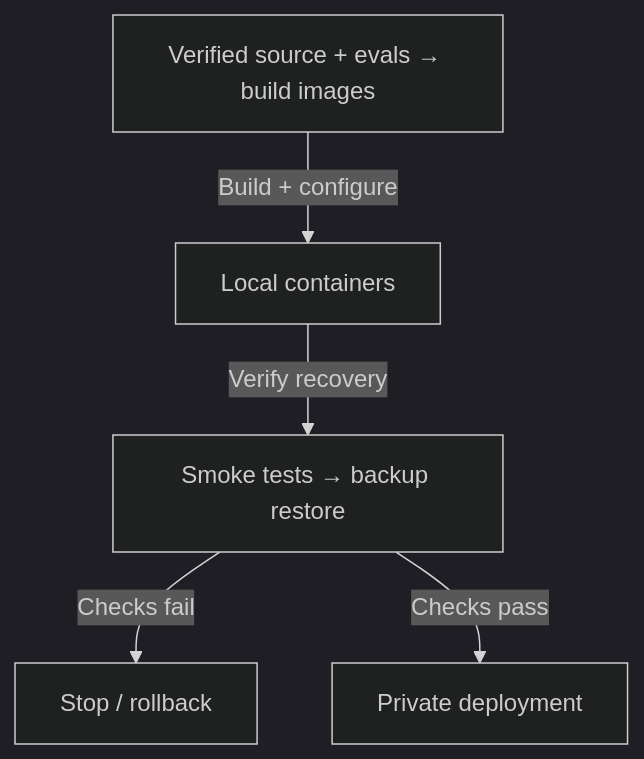
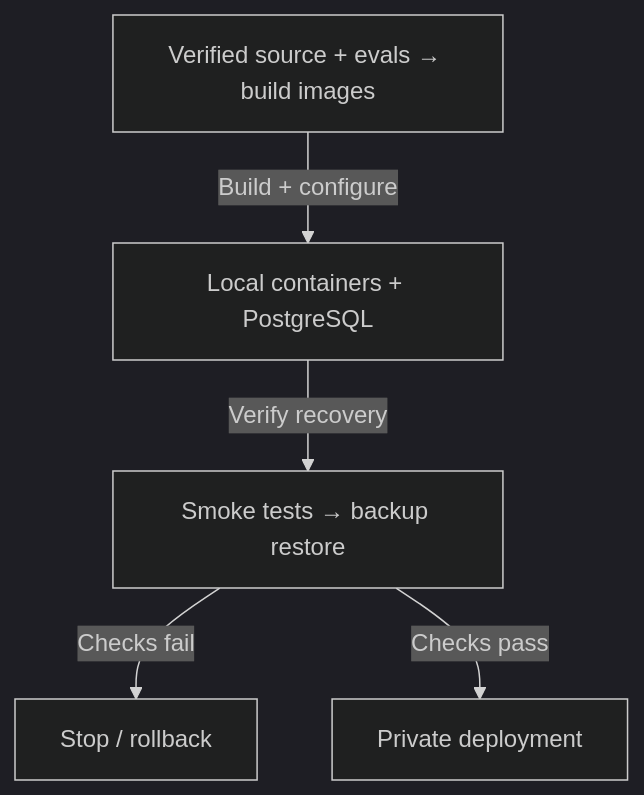
Before and after one commit to ByronHo68/ai-learning-academy: diagram 12 of 12 in docs/FINANCE_WORKFLOW_ATLAS.md, drawn with Mermaid (dark theme). The commit also changed other lines of this file and 66 other files, not shown here.

Commit message:
Use PostgreSQL for the finance database and retrieval baseline

````diff
--- a/docs/FINANCE_WORKFLOW_ATLAS.md
+++ b/docs/FINANCE_WORKFLOW_ATLAS.md
@@ -574,12 +599,12 @@
 ```mermaid
 flowchart TD
   n0["Verified source + evals → build images"]
-  n1["Local containers"]
+  n1["Local containers + PostgreSQL"]
   n2["Smoke tests → backup restore"]
   n3["Stop / rollback"]
   n4["Private deployment"]
   n0 -- "Build + configure" --> n1
   n1 -- "Verify recovery" --> n2
   n2 -- "Checks fail" --> n3
   n2 -- "Checks pass" --> n4
 ```
````
